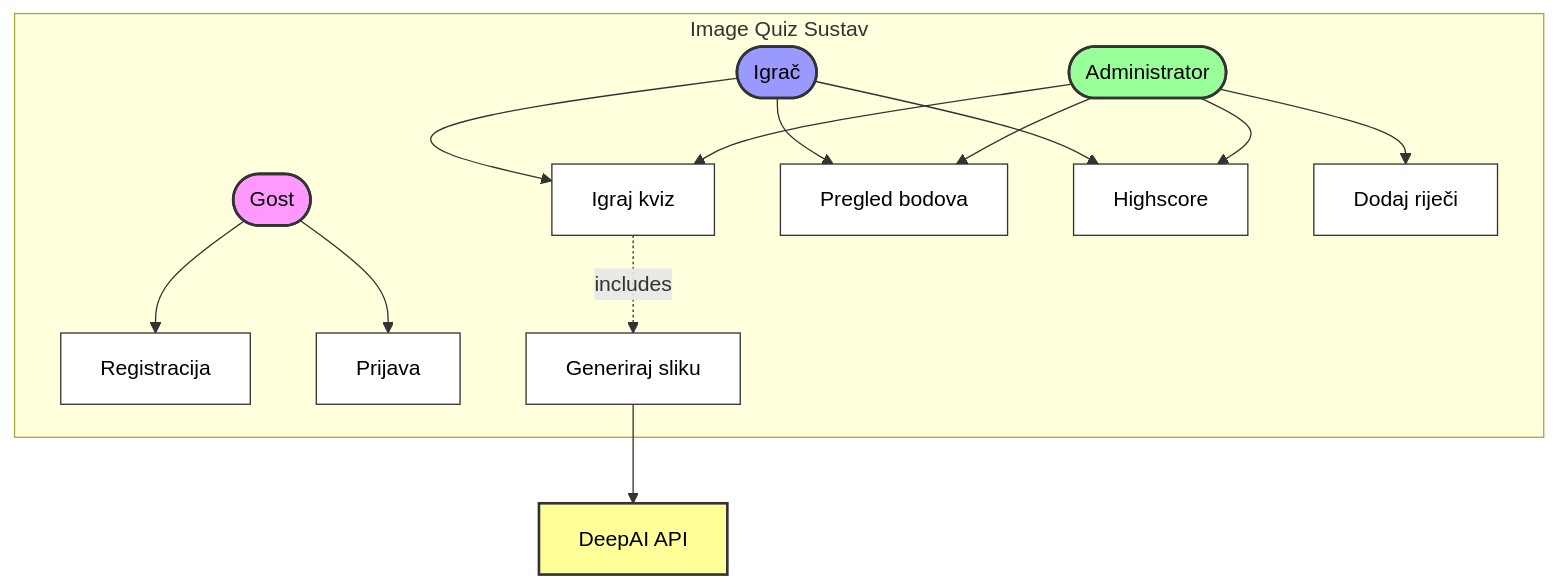
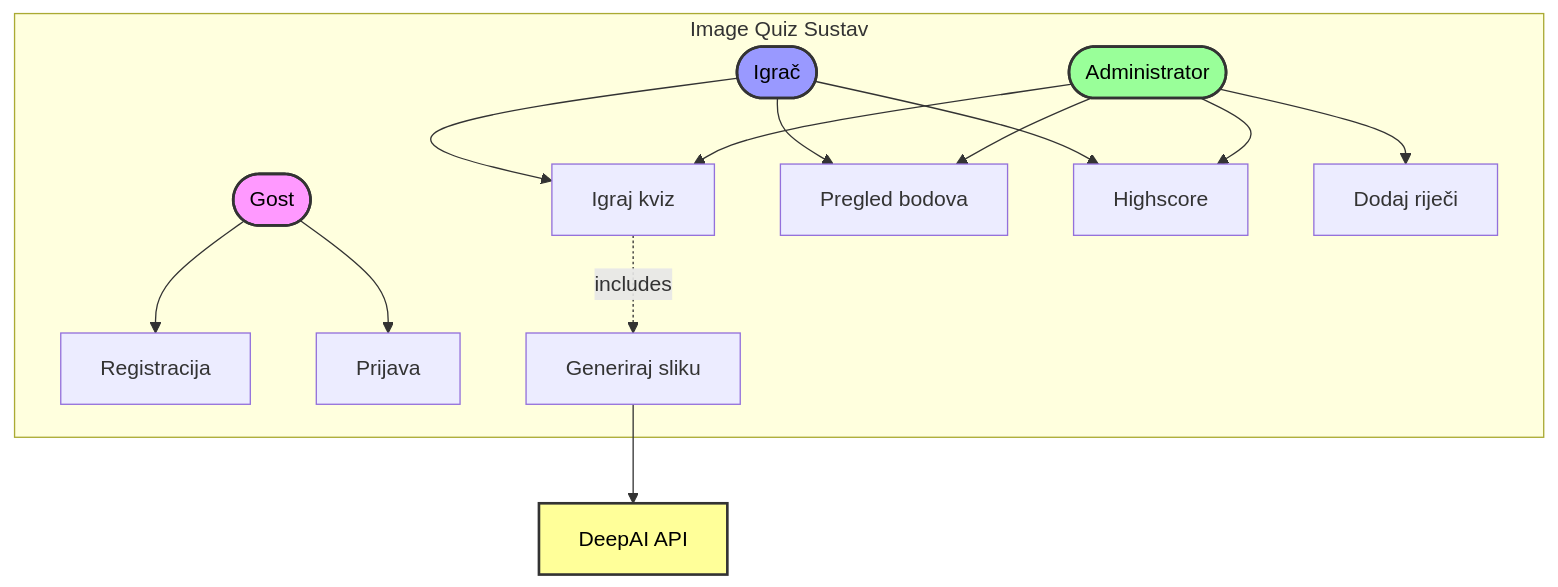
The first of 3 diagrams in Projektna dokumentacija - Image Quiz.md (igorpavlic/Image-Quiz), drawn with Mermaid before and after one commit. The commit also changed other lines of this file, not shown here.

````diff
--- a/Projektna dokumentacija - Image Quiz.md
+++ b/Projektna dokumentacija - Image Quiz.md
@@ -90,38 +90,37 @@
 ```mermaid
 flowchart TD
     subgraph Sistema["Image Quiz Sustav"]
         Gost([Gost]):::gost
         Igrac([Igrač]):::igrac
         Admin([Administrator]):::admin
         
         Registracija[Registracija]:::usecase
         Prijava[Prijava]:::usecase
         IgrajKviz[Igraj kviz]:::usecase
         GenerirajSliku[Generiraj sliku]:::usecase
         PregledBodova[Pregled bodova]:::usecase
         Highscore[Highscore]:::usecase
         DodajRijeci[Dodaj riječi]:::usecase
         
         Gost --> Registracija
         Gost --> Prijava
         
         Igrac --> IgrajKviz
         Igrac --> PregledBodova
         Igrac --> Highscore
         
         IgrajKviz -.includes.-> GenerirajSliku
         
         Admin --> IgrajKviz
         Admin --> PregledBodova
         Admin --> Highscore
         Admin --> DodajRijeci
     end
     
     GenerirajSliku --> API[DeepAI API]:::external
     
     classDef gost fill:#f9f,stroke:#333,stroke-width:2px,color:#000
     classDef igrac fill:#99f,stroke:#333,stroke-width:2px,color:#000
     classDef admin fill:#9f9,stroke:#333,stroke-width:2px,color:#000
-    classDef usecase fill:#fff,stroke:#333,stroke-width:1px,color:#000
     classDef external fill:#ff9,stroke:#333,stroke-width:2px,color:#000
 ```
````
